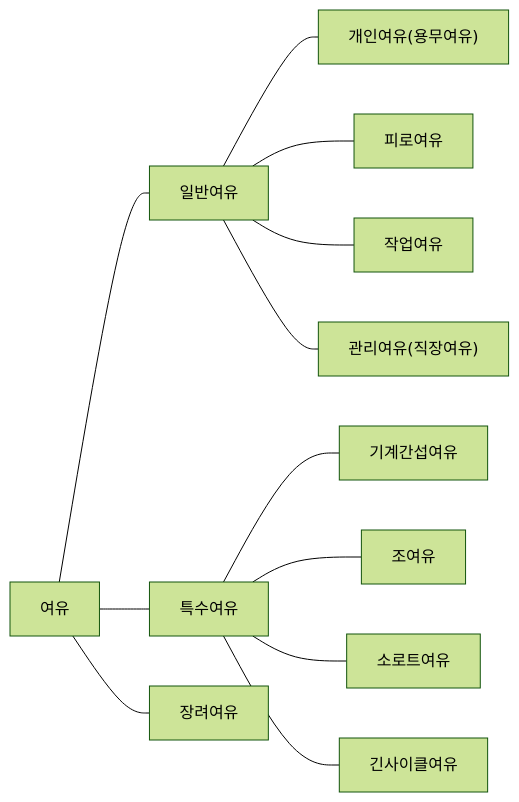
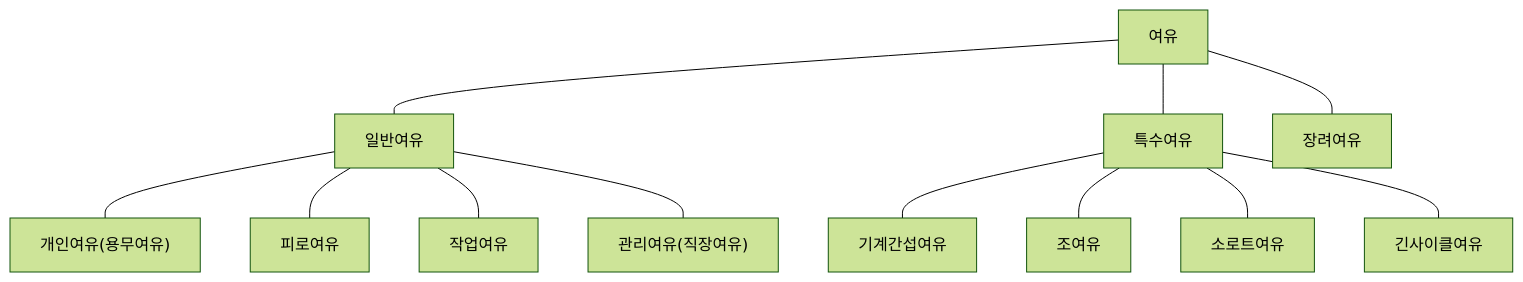
Before and after one commit to yeonkyupark/PEPC: the first of 2 diagrams in 3-4.표준작업관리.qmd, drawn with Mermaid (forest theme). The commit also changed other lines of this file, not shown here.

````diff
--- a/3-4.표준작업관리.qmd
+++ b/3-4.표준작업관리.qmd
@@ -75,20 +78,20 @@
 ```{mermaid}
-flowchart LR
+flowchart TB
 
 00["여유"]
 01["일반여유"]
 02["특수여유"]
 03["장려여유"]
 11["개인여유(용무여유)"]
 12["피로여유"]
 13["작업여유"]
 14["관리여유(직장여유)"]
 21["기계간섭여유"]
 22["조여유"]
 23["소로트여유"]
 24["긴사이클여유"]
 
 00 --- 01 & 02 & 03
 01 --- 11 & 12 & 13 & 14
 02 --- 21 & 22 & 23 & 24
 ```
````
